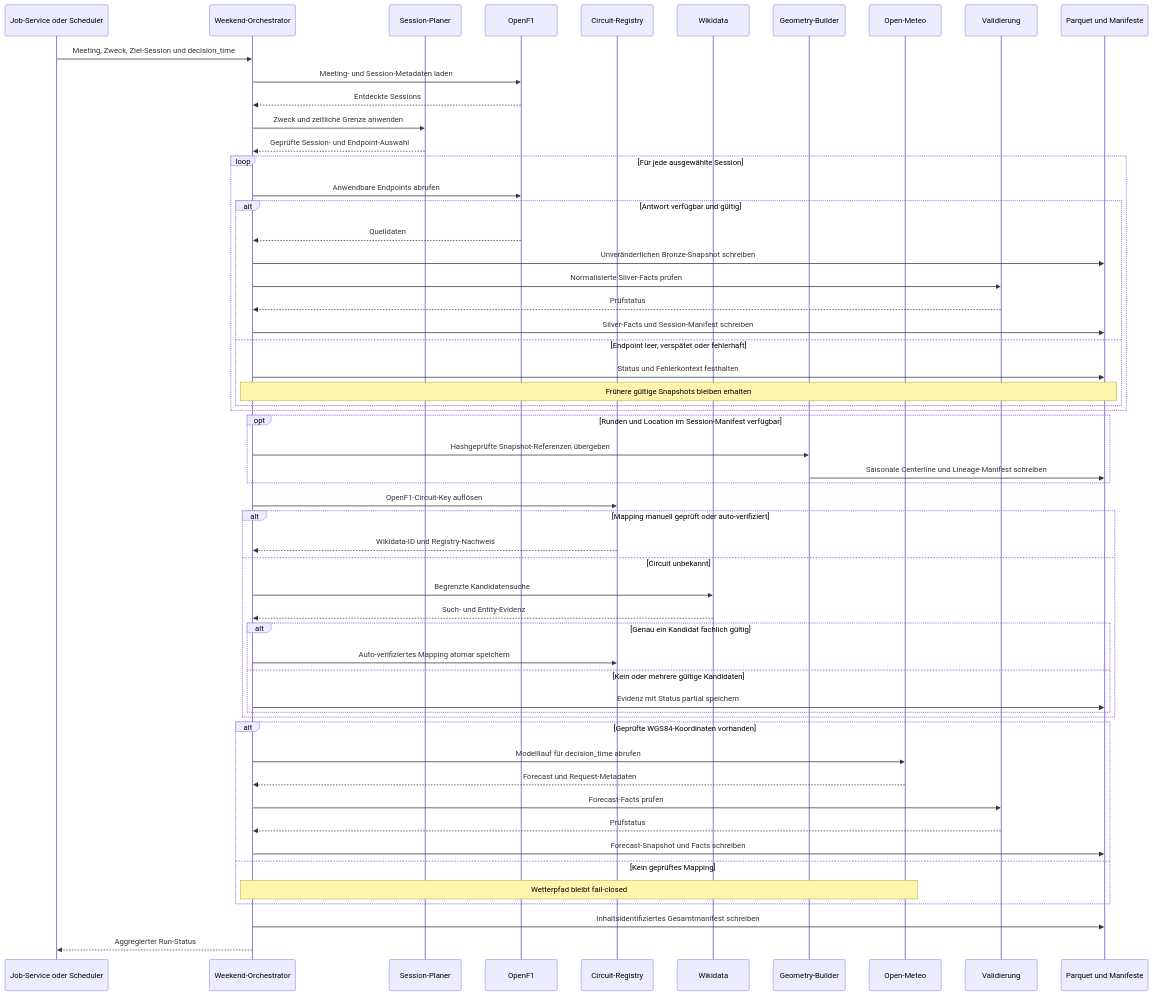
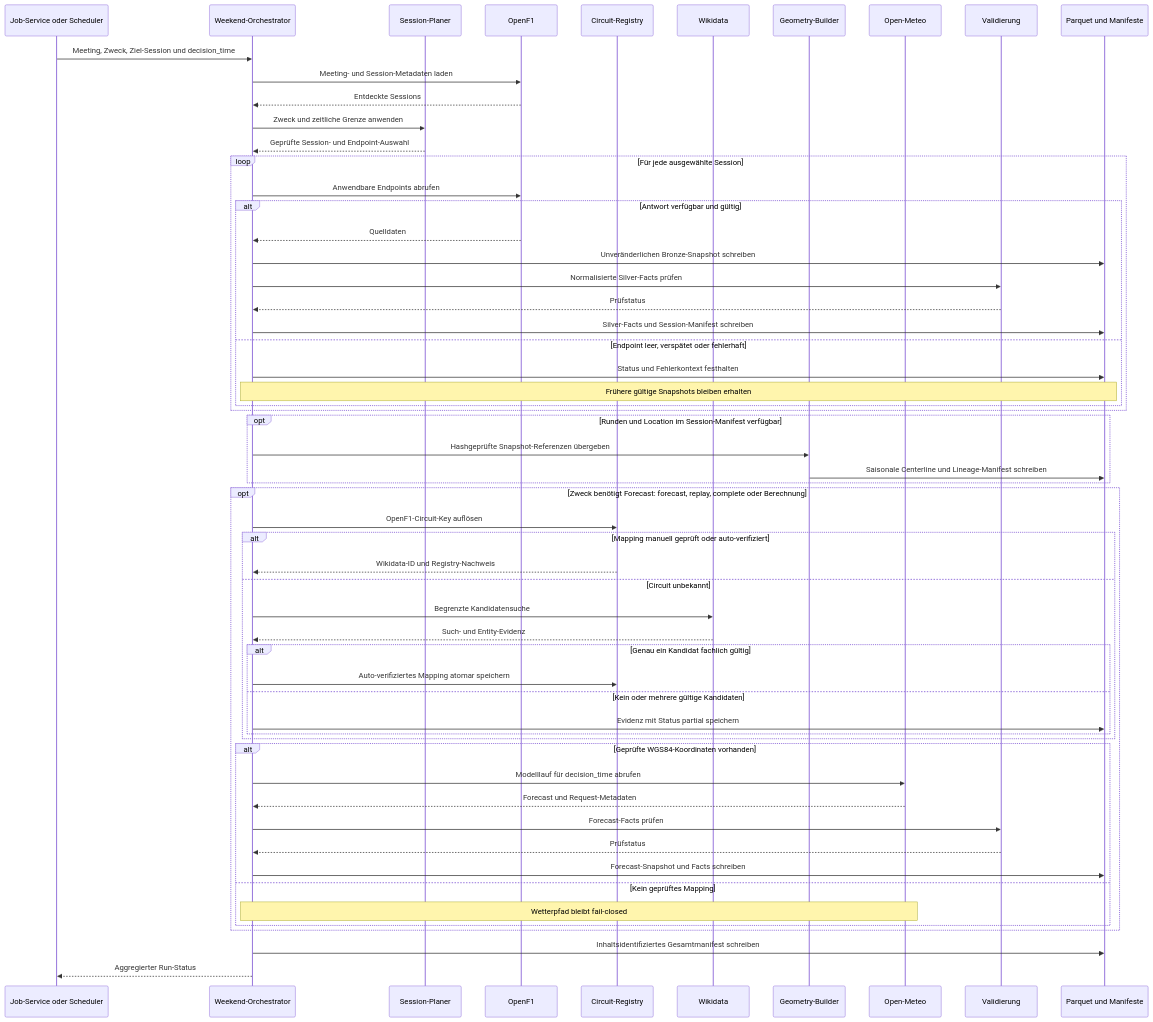
The first of 2 diagrams in docs/projektdokumentation.md (vvleo23/f1-strat), drawn with Mermaid before and after one commit. The commit also changed other lines of this file and 9 other files, not shown here.

````diff
--- a/docs/projektdokumentation.md
+++ b/docs/projektdokumentation.md
@@ -75,64 +75,66 @@
 ```mermaid
 sequenceDiagram
 	participant Aufruf as Job-Service oder Scheduler
 	participant Orchestrator as Weekend-Orchestrator
 	participant Planner as Session-Planer
 	participant OpenF1
 	participant Registry as Circuit-Registry
 	participant Wikidata
 	participant Geometry as Geometry-Builder
 	participant OpenMeteo as Open-Meteo
 	participant Validierung
 	participant Ablage as Parquet und Manifeste
 
 	Aufruf->>Orchestrator: Meeting, Zweck, Ziel-Session und decision_time
 	Orchestrator->>OpenF1: Meeting- und Session-Metadaten laden
 	OpenF1-->>Orchestrator: Entdeckte Sessions
 	Orchestrator->>Planner: Zweck und zeitliche Grenze anwenden
 	Planner-->>Orchestrator: Geprüfte Session- und Endpoint-Auswahl
 
 	loop Für jede ausgewählte Session
 		Orchestrator->>OpenF1: Anwendbare Endpoints abrufen
 		alt Antwort verfügbar und gültig
 			OpenF1-->>Orchestrator: Quelldaten
 			Orchestrator->>Ablage: Unveränderlichen Bronze-Snapshot schreiben
 			Orchestrator->>Validierung: Normalisierte Silver-Facts prüfen
 			Validierung-->>Orchestrator: Prüfstatus
 			Orchestrator->>Ablage: Silver-Facts und Session-Manifest schreiben
 		else Endpoint leer, verspätet oder fehlerhaft
 			Orchestrator->>Ablage: Status und Fehlerkontext festhalten
 			Note over Orchestrator,Ablage: Frühere gültige Snapshots bleiben erhalten
 		end
 	end
 
 	opt Runden und Location im Session-Manifest verfügbar
 		Orchestrator->>Geometry: Hashgeprüfte Snapshot-Referenzen übergeben
 		Geometry->>Ablage: Saisonale Centerline und Lineage-Manifest schreiben
 	end
 
+	opt Zweck benötigt Forecast: forecast, replay, complete oder Berechnung
 	Orchestrator->>Registry: OpenF1-Circuit-Key auflösen
 	alt Mapping manuell geprüft oder auto-verifiziert
 		Registry-->>Orchestrator: Wikidata-ID und Registry-Nachweis
 	else Circuit unbekannt
 		Orchestrator->>Wikidata: Begrenzte Kandidatensuche
 		Wikidata-->>Orchestrator: Such- und Entity-Evidenz
 		alt Genau ein Kandidat fachlich gültig
 			Orchestrator->>Registry: Auto-verifiziertes Mapping atomar speichern
 		else Kein oder mehrere gültige Kandidaten
 			Orchestrator->>Ablage: Evidenz mit Status partial speichern
 		end
 	end
 
 	alt Geprüfte WGS84-Koordinaten vorhanden
 		Orchestrator->>OpenMeteo: Modelllauf für decision_time abrufen
 		OpenMeteo-->>Orchestrator: Forecast und Request-Metadaten
 		Orchestrator->>Validierung: Forecast-Facts prüfen
 		Validierung-->>Orchestrator: Prüfstatus
 		Orchestrator->>Ablage: Forecast-Snapshot und Facts schreiben
 	else Kein geprüftes Mapping
 		Note over Orchestrator,OpenMeteo: Wetterpfad bleibt fail-closed
 	end
+	end
 
 	Orchestrator->>Ablage: Inhaltsidentifiziertes Gesamtmanifest schreiben
 	Orchestrator-->>Aufruf: Aggregierter Run-Status
 ```
````
